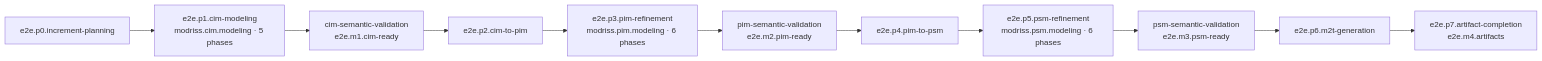
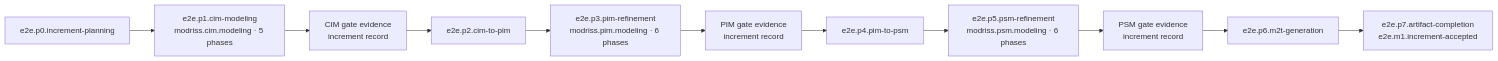
One commit to mehdieidi/modriss changed the first of 3 diagrams in docs/diagrams/27-end-to-end-methodology.md. Above: the diagram before and after it, drawn with Mermaid. The commit also changed other lines of this file and 54 other files, not shown here.

````diff
--- a/docs/diagrams/27-end-to-end-methodology.md
+++ b/docs/diagrams/27-end-to-end-methodology.md
@@ -7,16 +7,16 @@
 ```mermaid
 flowchart LR
     p0["e2e.p0.increment-planning"]
     p1["e2e.p1.cim-modeling<br/>modriss.cim.modeling · 5 phases"]
-    evl1["cim-semantic-validation<br/>e2e.m1.cim-ready"]
+    evl1["CIM gate evidence<br/>increment record"]
     p2["e2e.p2.cim-to-pim"]
     p3["e2e.p3.pim-refinement<br/>modriss.pim.modeling · 6 phases"]
-    evl2["pim-semantic-validation<br/>e2e.m2.pim-ready"]
+    evl2["PIM gate evidence<br/>increment record"]
     p4["e2e.p4.pim-to-psm"]
     p5["e2e.p5.psm-refinement<br/>modriss.psm.modeling · 6 phases"]
-    evl3["psm-semantic-validation<br/>e2e.m3.psm-ready"]
+    evl3["PSM gate evidence<br/>increment record"]
     p6["e2e.p6.m2t-generation"]
-    p7["e2e.p7.artifact-completion<br/>e2e.m4.artifacts"]
+    p7["e2e.p7.artifact-completion<br/>e2e.m1.increment-accepted"]
 
     p0 --> p1 --> evl1 --> p2 --> p3 --> evl2 --> p4 --> p5 --> evl3 --> p6 --> p7
 ```
````
